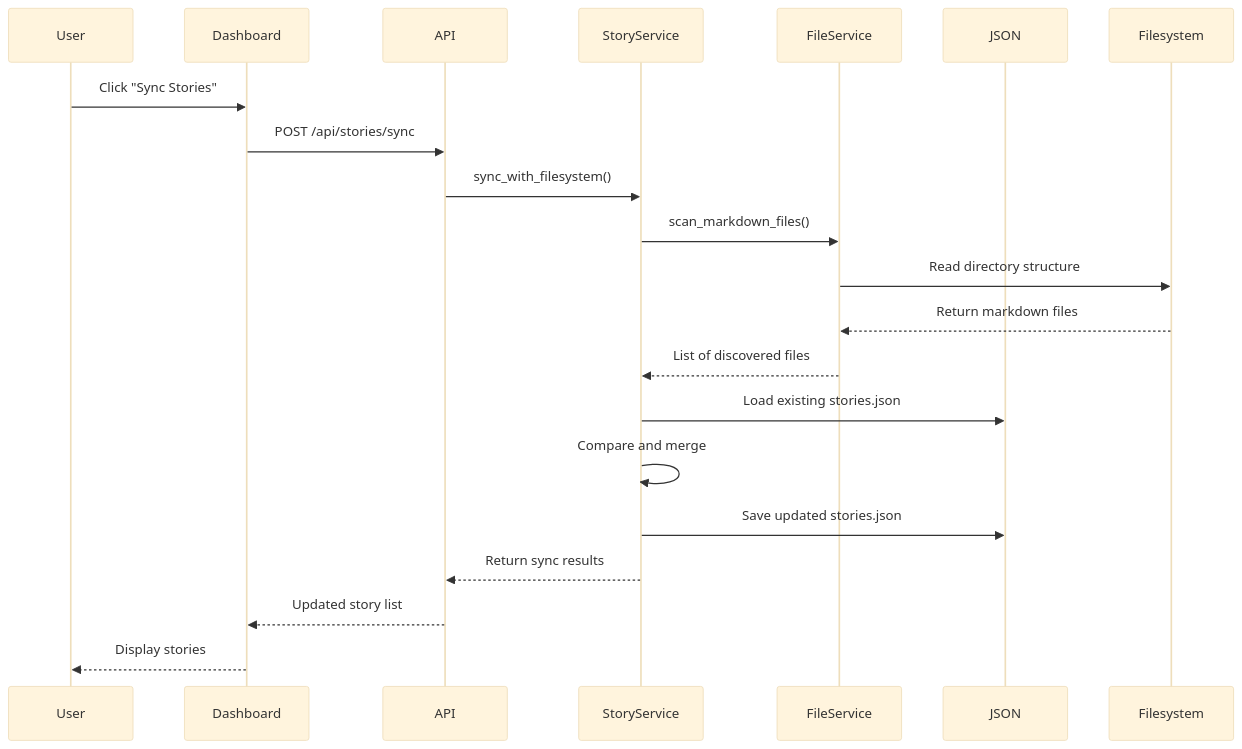
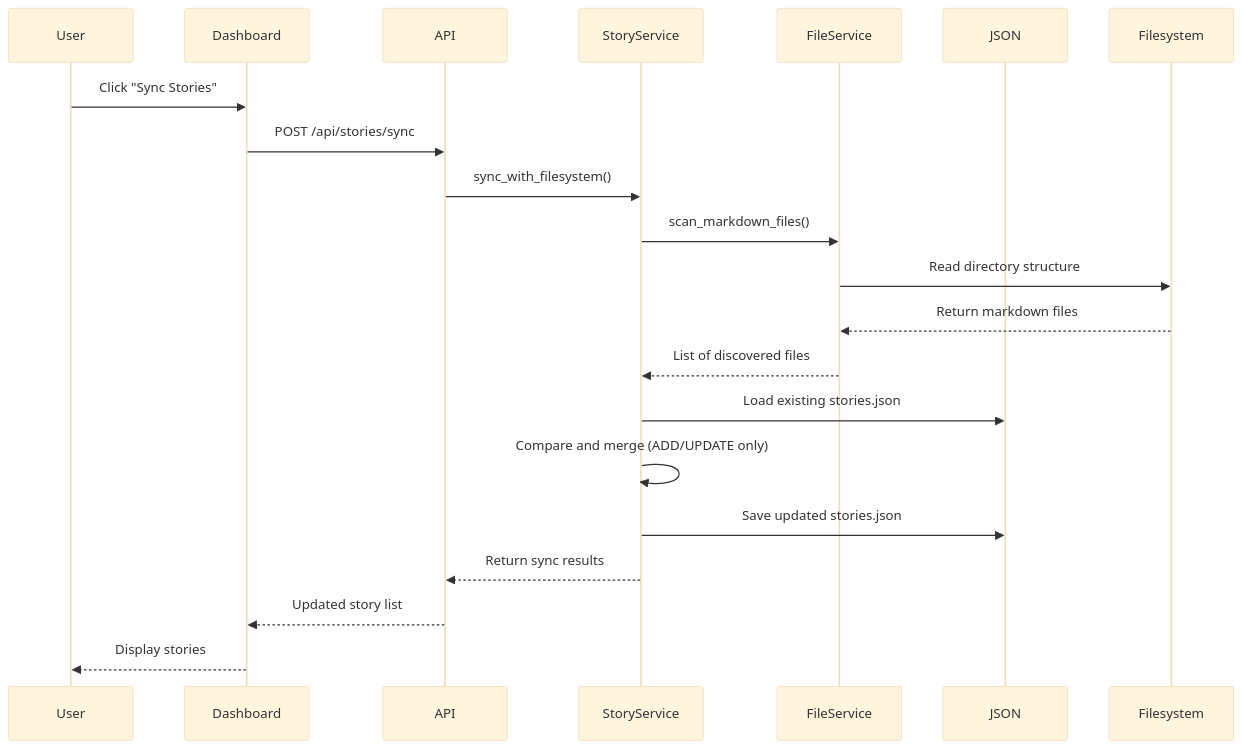
One commit to mvineetsharma79/Medium-Story-Manger changed the third of 10 diagrams in README.md. Above: the diagram before and after it, drawn with Mermaid. The commit also changed other lines of this file and 9 other files, not shown here.

````diff
--- a/README.md
+++ b/README.md
@@ -206,29 +197,29 @@
 ```mermaid
 ---
 config:
   theme: base
   layout: elk
 ---
 sequenceDiagram
     participant User
     participant Dashboard
     participant API
     participant StoryService
     participant FileService
     participant JSON
     participant Filesystem
 
     User->>Dashboard: Click "Sync Stories"
     Dashboard->>API: POST /api/stories/sync
     API->>StoryService: sync_with_filesystem()
     StoryService->>FileService: scan_markdown_files()
     FileService->>Filesystem: Read directory structure
     Filesystem-->>FileService: Return markdown files
     FileService-->>StoryService: List of discovered files
     StoryService->>JSON: Load existing stories.json
-    StoryService->>StoryService: Compare and merge
+    StoryService->>StoryService: Compare and merge (ADD/UPDATE only)
     StoryService->>JSON: Save updated stories.json
     StoryService-->>API: Return sync results
     API-->>Dashboard: Updated story list
     Dashboard-->>User: Display stories
 ```
````
